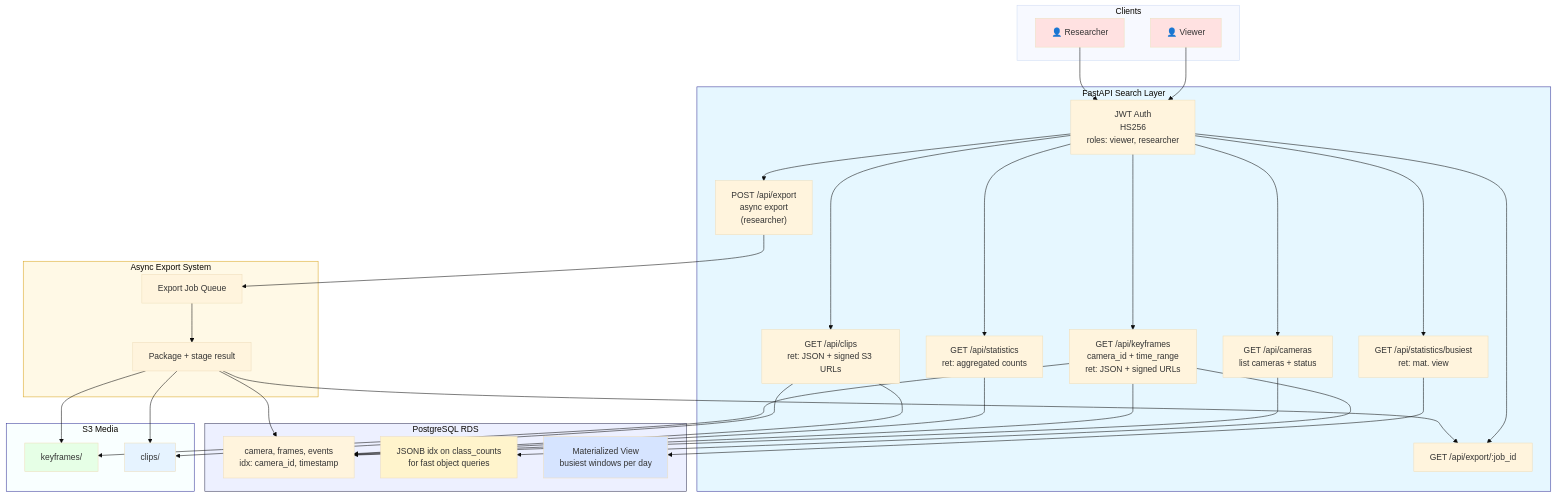
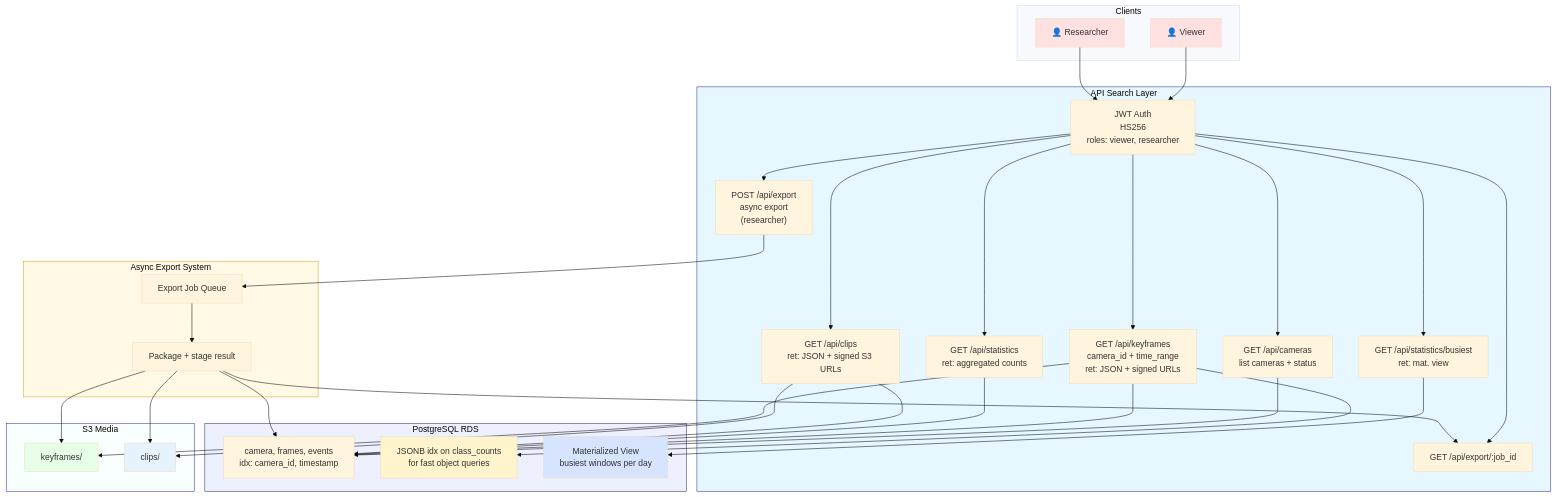
One commit to zChen-1/Projects-in-school changed the diagram in test.mmd. Above: the diagram before and after it, drawn with Mermaid (base theme).

```diff
--- a/test.mmd
+++ b/test.mmd
@@ -1,74 +1,73 @@
 graph TB
 
     subgraph Clients["Clients"]
         VIEWER["👤 Viewer"]
         RESEARCHER["👤 Researcher"]
     end
 
-    subgraph API["FastAPI Search Layer"]
+    subgraph API["API Search Layer"]
         AUTH["JWT Auth<br/>HS256<br/>roles: viewer, researcher"]
 
         LIST_CAMS["GET /api/cameras<br/>list cameras + status"]
         KEYFRAMES["GET /api/keyframes<br/>camera_id + time_range<br/>ret: JSON + signed URLs"]
         STATS["GET /api/statistics<br/>ret: aggregated counts"]
         BUSIEST["GET /api/statistics/busiest<br/>ret: mat. view"]
         CLIPS["GET /api/clips<br/>ret: JSON + signed S3 URLs"]
         EXPORT_REQ["POST /api/export<br/>async export<br/>(researcher)"]
         EXPORT_STATUS["GET /api/export/:job_id"]
     end
 
     subgraph DB["PostgreSQL RDS"]
         TABLES["camera, frames, events<br/>idx: camera_id, timestamp"]
         JSONIDX["JSONB idx on class_counts<br/>for fast object queries"]
         MV["Materialized View<br/>busiest windows per day"]
     end
 
     subgraph Storage["S3 Media"]
         S3KF["keyframes/"]
         S3CLIPS["clips/"]
     end
 
     subgraph Jobs["Async Export System"]
         JOBQ["Export Job Queue"]
         JOBPKG["Package + stage result"]
     end
 
-    %% ===== Flows =====
     VIEWER --> AUTH
     RESEARCHER --> AUTH
 
     AUTH --> LIST_CAMS
     AUTH --> KEYFRAMES
     AUTH --> STATS
     AUTH --> BUSIEST
     AUTH --> CLIPS
     AUTH --> EXPORT_REQ
     AUTH --> EXPORT_STATUS
 
     LIST_CAMS --> TABLES
     KEYFRAMES --> TABLES
     KEYFRAMES --> JSONIDX
     STATS --> TABLES
     BUSIEST --> MV
     CLIPS --> TABLES
 
     KEYFRAMES --> S3KF
     CLIPS --> S3CLIPS
 
     EXPORT_REQ --> JOBQ
     JOBQ --> JOBPKG
     JOBPKG --> S3CLIPS
     JOBPKG --> S3KF
     JOBPKG --> TABLES
     JOBPKG --> EXPORT_STATUS
 
     style API fill:#e6f7ff,stroke:#339,stroke-width:1px
     style DB fill:#edf0ff,stroke:#335,stroke-width:1px
     style Storage fill:#f9ffff,stroke:#339,stroke-width:1px
     style Jobs fill:#fff9e6,stroke:#d9a520,stroke-width:1px
     style VIEWER fill:#ffe1e1
     style RESEARCHER fill:#ffe1e1
     style S3KF fill:#e6ffe6
     style S3CLIPS fill:#e6f3ff
     style JSONIDX fill:#fff4cc
     style MV fill:#d6e4ff
```
